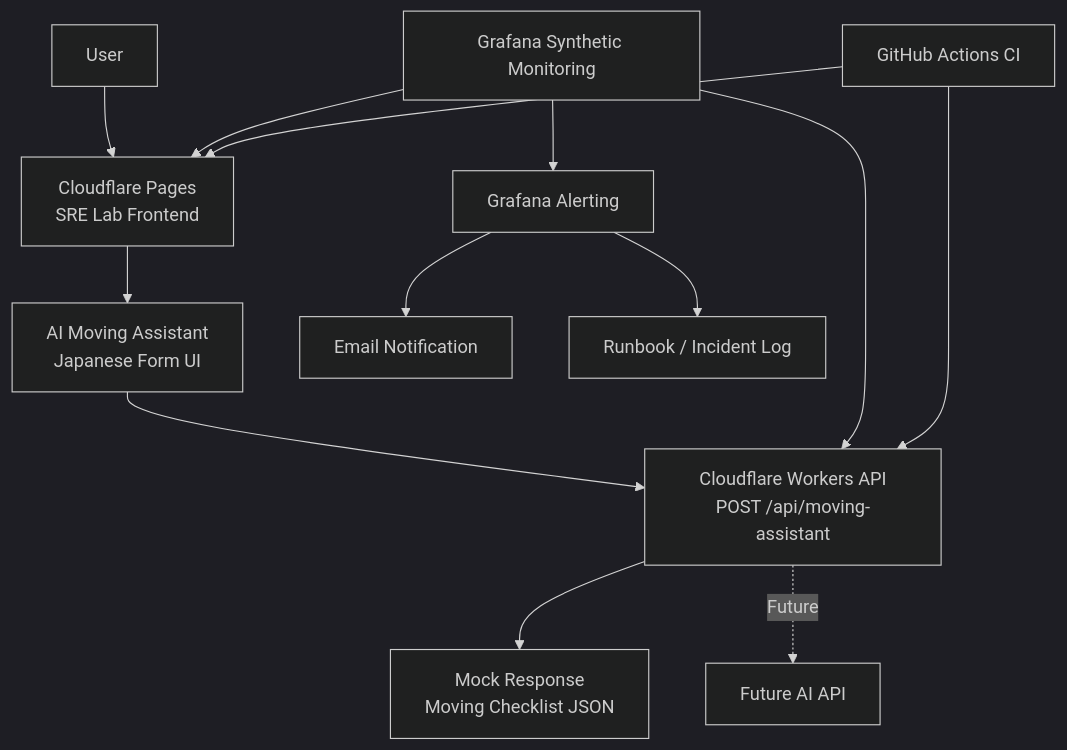
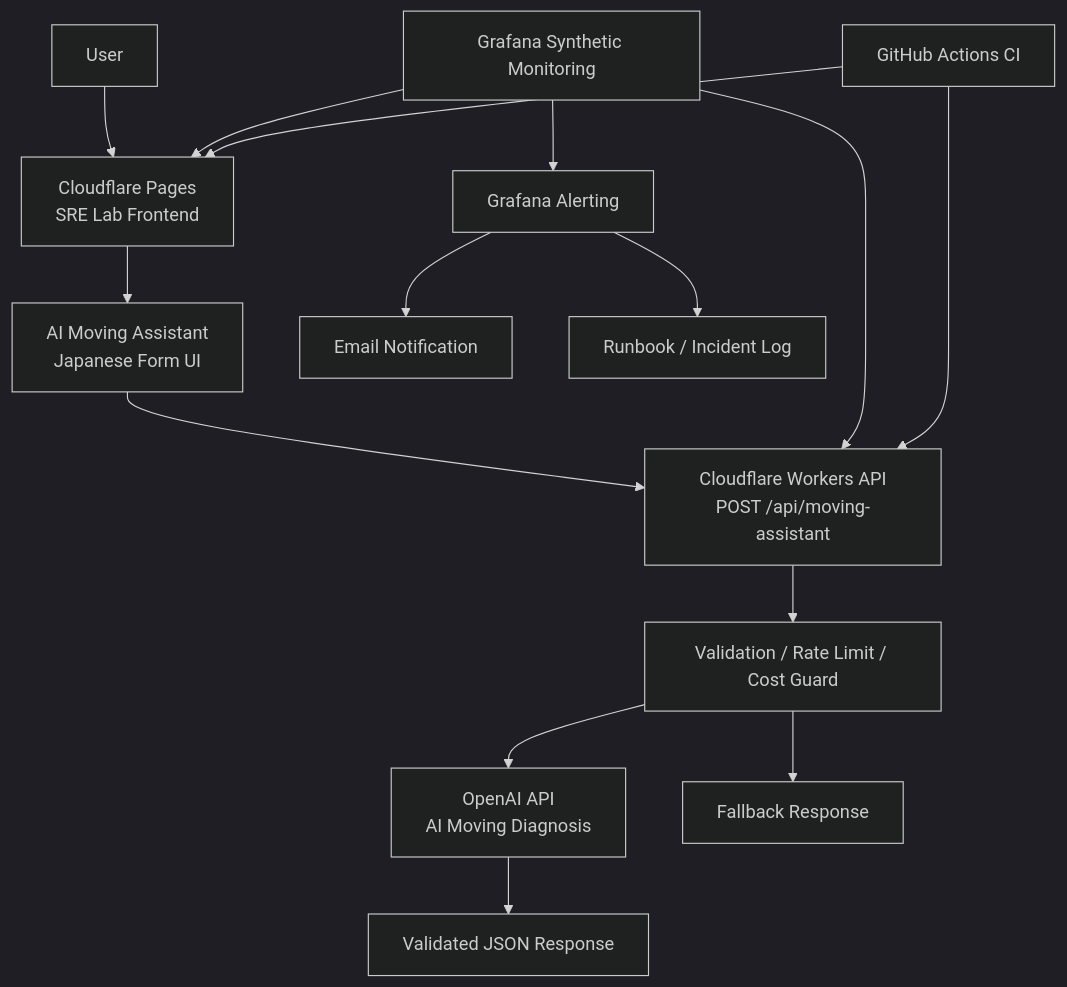
One commit to YDTNK/sre-lab changed the diagram in README.md. Above: the diagram before and after it, drawn with Mermaid (dark theme). The commit also changed other lines of this file and 2 other files, not shown here.

Commit message:
Finalize real AI API integration documentation

````diff
--- a/README.md
+++ b/README.md
@@ -55,18 +60,20 @@
 ```mermaid
 flowchart TD
     U[User] --> P[Cloudflare Pages<br/>SRE Lab Frontend]
     P --> F[AI Moving Assistant<br/>Japanese Form UI]
     F --> W[Cloudflare Workers API<br/>POST /api/moving-assistant]
-    W --> M[Mock Response<br/>Moving Checklist JSON]
-    W -. Future .-> AI[Future AI API]
+    W --> V[Validation / Rate Limit / Cost Guard]
+    V --> AI[OpenAI API<br/>AI Moving Diagnosis]
+    AI --> J[Validated JSON Response]
+    V --> FB[Fallback Response]
 
     G[Grafana Synthetic Monitoring] --> P
     G --> W
 
     G --> A[Grafana Alerting]
     A --> E[Email Notification]
     A --> R[Runbook / Incident Log]
 
     CI[GitHub Actions CI] --> P
     CI --> W
 ```
````
